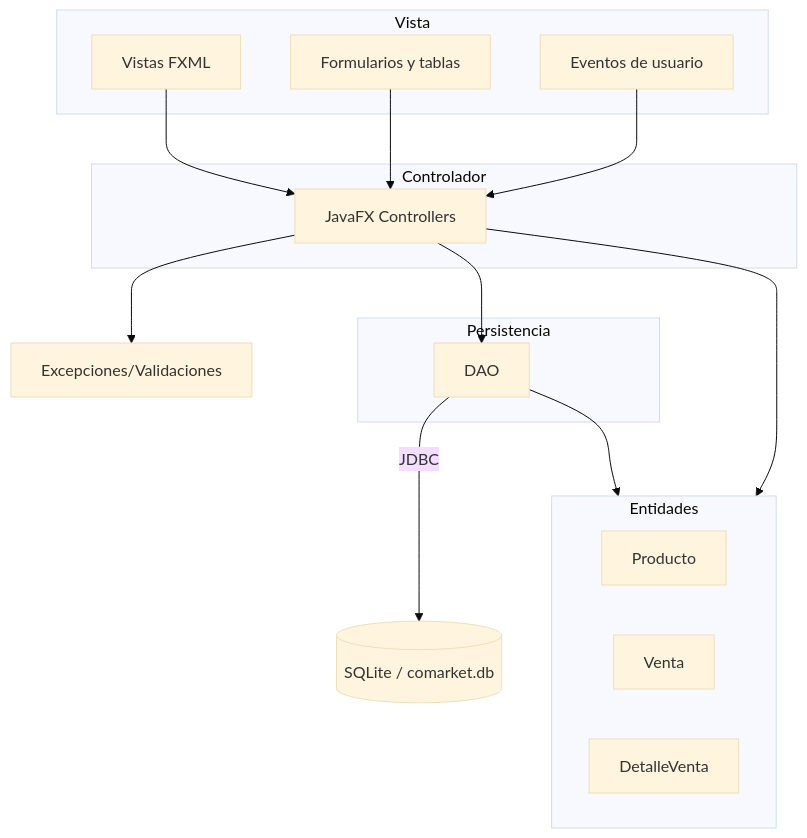
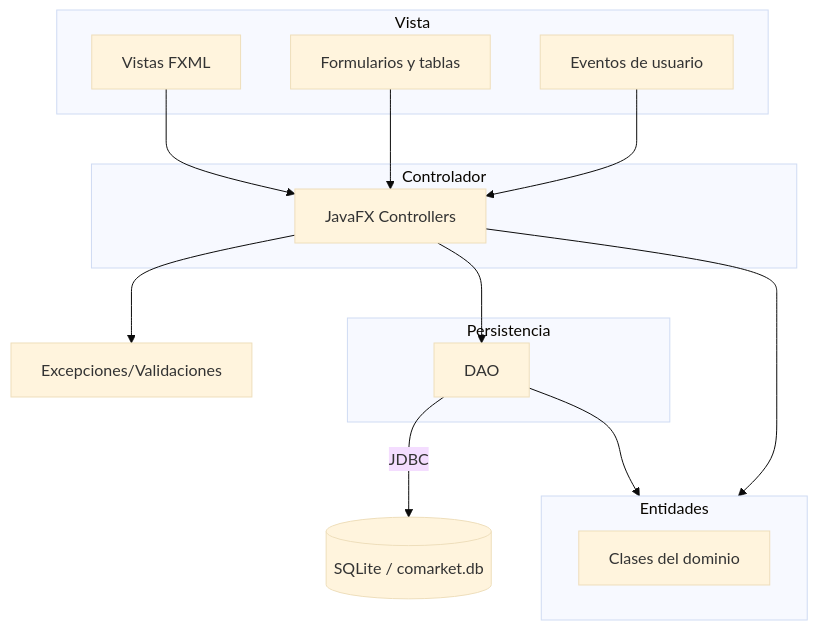
Before and after one commit to 262poo/comarket: the second of 3 diagrams in docs/index.md, drawn with Mermaid (base theme). The commit also changed other lines of this file and 21 other files, not shown here.

````diff
--- a/docs/index.md
+++ b/docs/index.md
@@ -70,33 +124,31 @@
 ```mermaid
 flowchart TB
     subgraph View["Vista"]
         FXML["Vistas FXML"]
         Formularios["Formularios y tablas"]
         Eventos["Eventos de usuario"]
     end
 
     subgraph Controller["Controlador"]
         Controllers["JavaFX Controllers"]
     end
 
     subgraph Entities["Entidades"]
-        Producto["Producto"]
-        Venta["Venta"]
-        DetalleVenta["DetalleVenta"]
+        EntityNode["Clases del dominio"]
     end
 
     subgraph Persistence["Persistencia"]
         DAO["DAO"]
     end
 
     SQLite[("SQLite / comarket.db")]
 
     FXML --> Controllers
     Formularios --> Controllers
     Eventos --> Controllers
     Controllers --> Validaciones["Excepciones/Validaciones"]
     Controllers --> Entities
     Controllers --> DAO
     DAO --> Entities
     DAO -->|"JDBC"| SQLite
 ```
````
